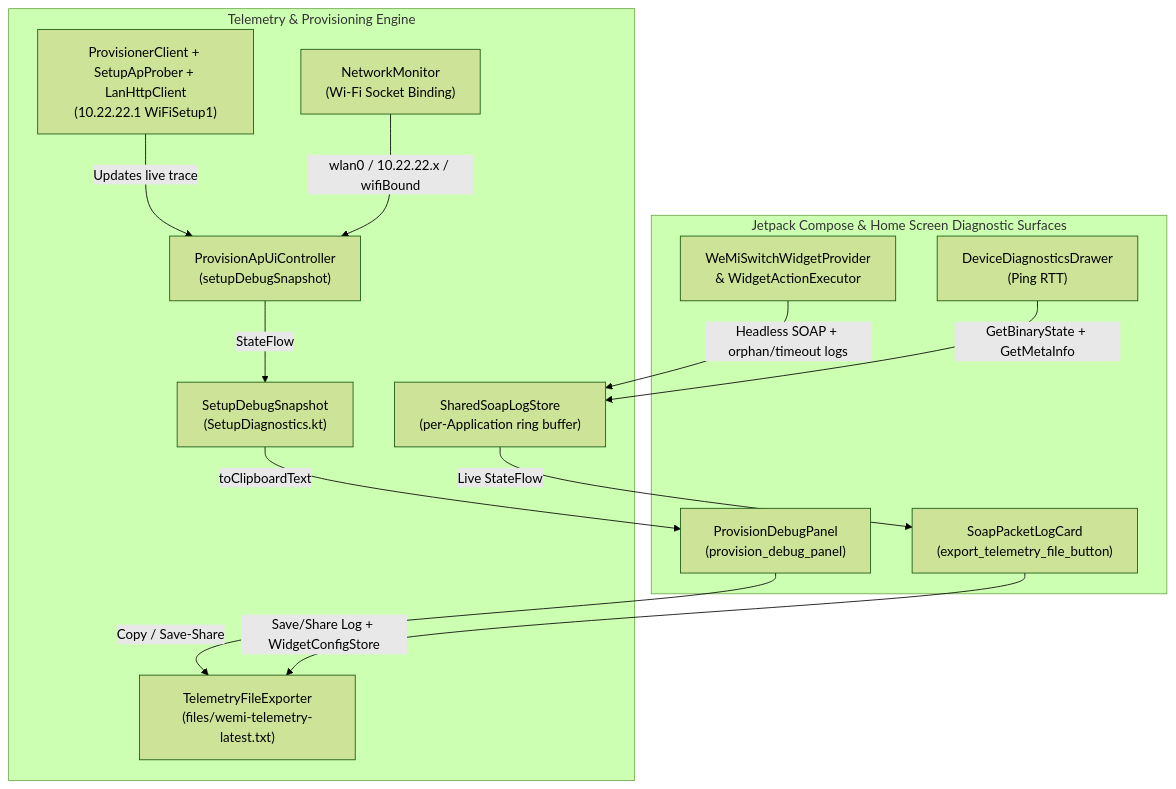
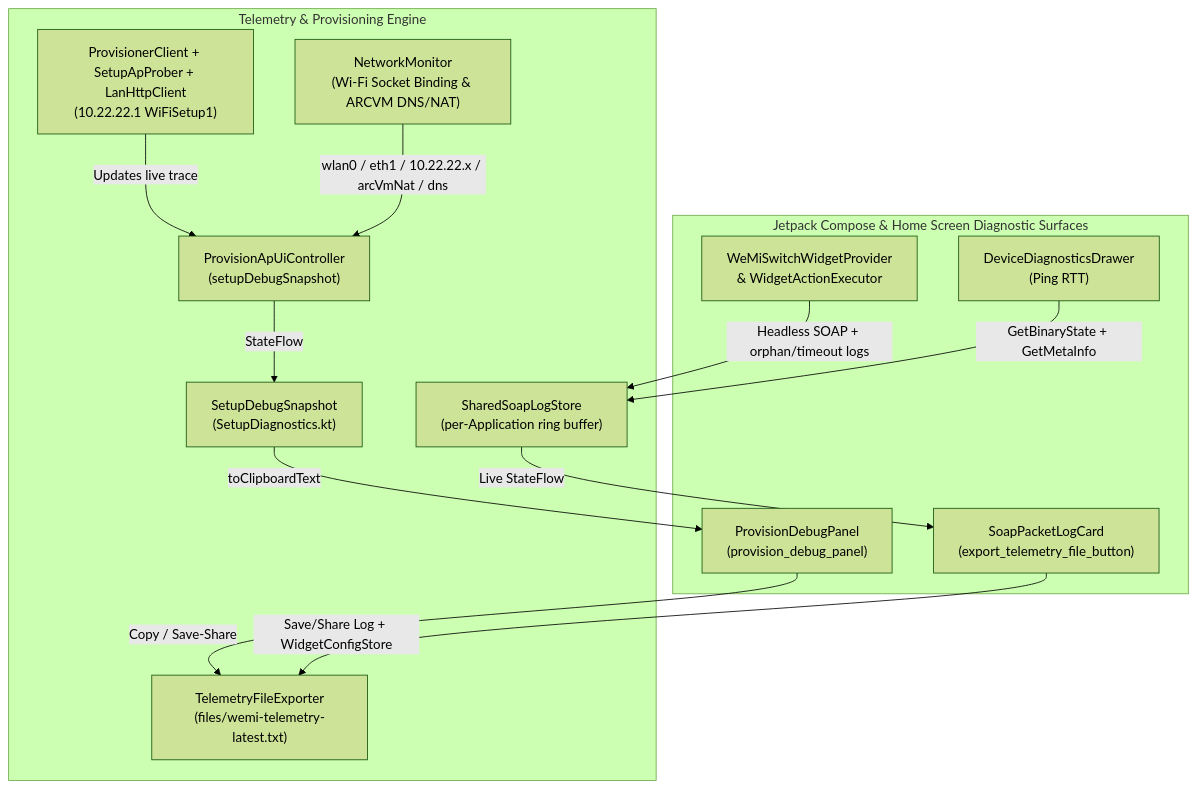
The diagram in DEBUGGING_AND_SUPPORT.md (MichaelRHead/WeMi-light-control), drawn with Mermaid (forest theme) before and after one commit. The commit also changed other lines of this file and 7 other files, not shown here.

````diff
--- a/DEBUGGING_AND_SUPPORT.md
+++ b/DEBUGGING_AND_SUPPORT.md
@@ -42,28 +42,28 @@
 ```mermaid
 flowchart TD
     subgraph UI["Jetpack Compose & Home Screen Diagnostic Surfaces"]
         P["ProvisionDebugPanel\n(provision_debug_panel)"]
         M["SoapPacketLogCard\n(export_telemetry_file_button)"]
         D["DeviceDiagnosticsDrawer\n(Ping RTT)"]
         W["WeMiSwitchWidgetProvider\n& WidgetActionExecutor"]
     end
 
     subgraph Core["Telemetry & Provisioning Engine"]
         U["ProvisionApUiController\n(setupDebugSnapshot)"]
         S["SetupDebugSnapshot\n(SetupDiagnostics.kt)"]
         L["SharedSoapLogStore\n(per-Application ring buffer)"]
         E["TelemetryFileExporter\n(files/wemi-telemetry-latest.txt)"]
         C["ProvisionerClient + SetupApProber + LanHttpClient\n(10.22.22.1 WiFiSetup1)"]
-        N["NetworkMonitor\n(Wi-Fi Socket Binding)"]
+        N["NetworkMonitor\n(Wi-Fi Socket Binding & ARCVM DNS/NAT)"]
     end
 
     C -->|Updates live trace| U
-    N -->|wlan0 / 10.22.22.x / wifiBound| U
+    N -->|wlan0 / eth1 / 10.22.22.x / arcVmNat / dns| U
     U -->|StateFlow| S
     S -->|toClipboardText| P
     W -->|Headless SOAP + orphan/timeout logs| L
     L -->|Live StateFlow| M
     P -->|Copy / Save-Share| E
     M -->|Save/Share Log + WidgetConfigStore| E
     D -->|GetBinaryState + GetMetaInfo| L
 ```
````
